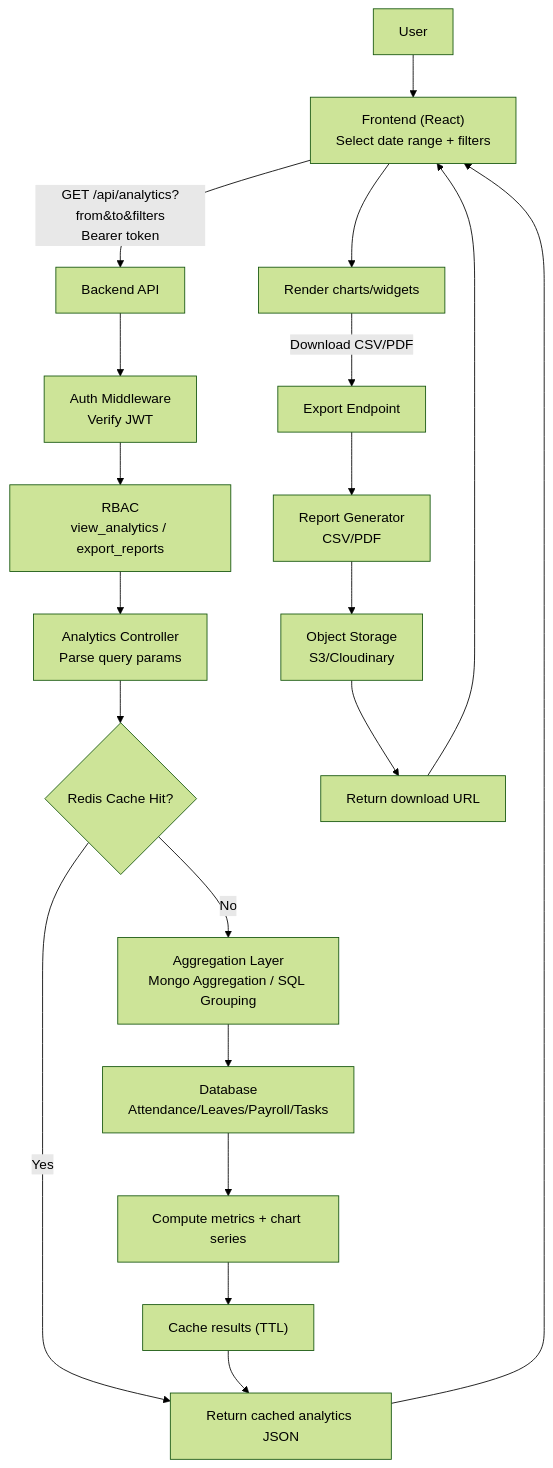
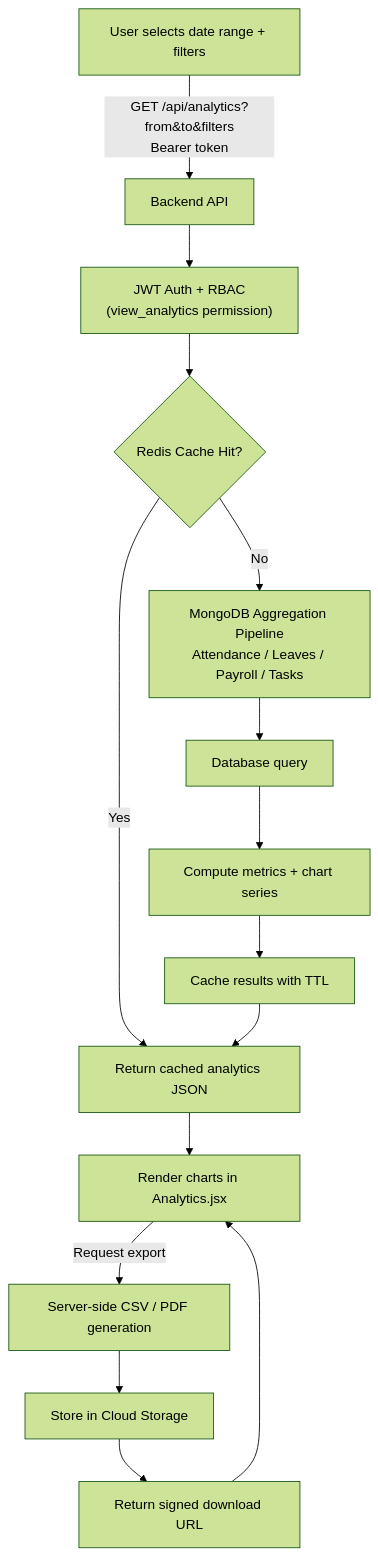
The fourth of 5 diagrams in README.md (MRINALPRAKASHFSD/MINI_PROJECT_PARADIGM_SHIFT), drawn with Mermaid (forest theme) before and after one commit. The commit also changed other lines of this file, not shown here.

````diff
--- a/README.md
+++ b/README.md
@@ -300,26 +446,18 @@
 ```mermaid
 flowchart TB
-  U["User"] --> FE["Frontend (React)\nSelect date range + filters"]
-  FE -->|"GET /api/analytics?from&to&filters\nBearer token"| API["Backend API"]
-
-  API --> AUTH["Auth Middleware\nVerify JWT"]
-  AUTH --> RBAC["RBAC\nview_analytics / export_reports"]
-  RBAC --> CTRL["Analytics Controller\nParse query params"]
-
-  CTRL --> CACHE{"Redis Cache Hit?"}
-
+  U["User selects date range + filters"]
+  U -->|GET /api/analytics?from&to&filters\nBearer token| API["Backend API"]
+  API --> AUTH["JWT Auth + RBAC\n(view_analytics permission)"]
+  AUTH --> CACHE{"Redis Cache Hit?"}
   CACHE -- "Yes" --> RESP["Return cached analytics JSON"]
-  CACHE -- "No" --> AGG["Aggregation Layer\nMongo Aggregation / SQL Grouping"]
-  AGG --> DB["Database\nAttendance/Leaves/Payroll/Tasks"]
+  CACHE -- "No" --> AGG["MongoDB Aggregation Pipeline\nAttendance / Leaves / Payroll / Tasks"]
+  AGG --> DB["Database query"]
   DB --> METRICS["Compute metrics + chart series"]
-  METRICS --> CACHESET["Cache results (TTL)"]
-  CACHESET --> RESP
-  RESP --> FE
-  FE --> UI["Render charts/widgets"]
-
-  UI -->|"Download CSV/PDF"| EXPORT["Export Endpoint"]
-  EXPORT --> GEN["Report Generator\nCSV/PDF"]
-  GEN --> STORE["Object Storage\nS3/Cloudinary"]
-  STORE --> LINK["Return download URL"]
+  METRICS --> SET["Cache results with TTL"]
+  SET --> RESP
+  RESP --> FE["Render charts in Analytics.jsx"]
+  FE -->|Request export| GEN["Server-side CSV / PDF generation"]
+  GEN --> STORE["Store in Cloud Storage"]
+  STORE --> LINK["Return signed download URL"]
   LINK --> FE
 ```
````
